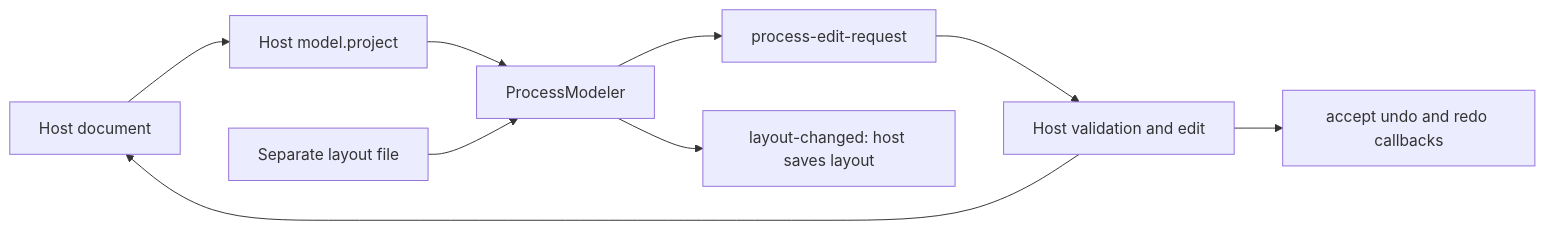
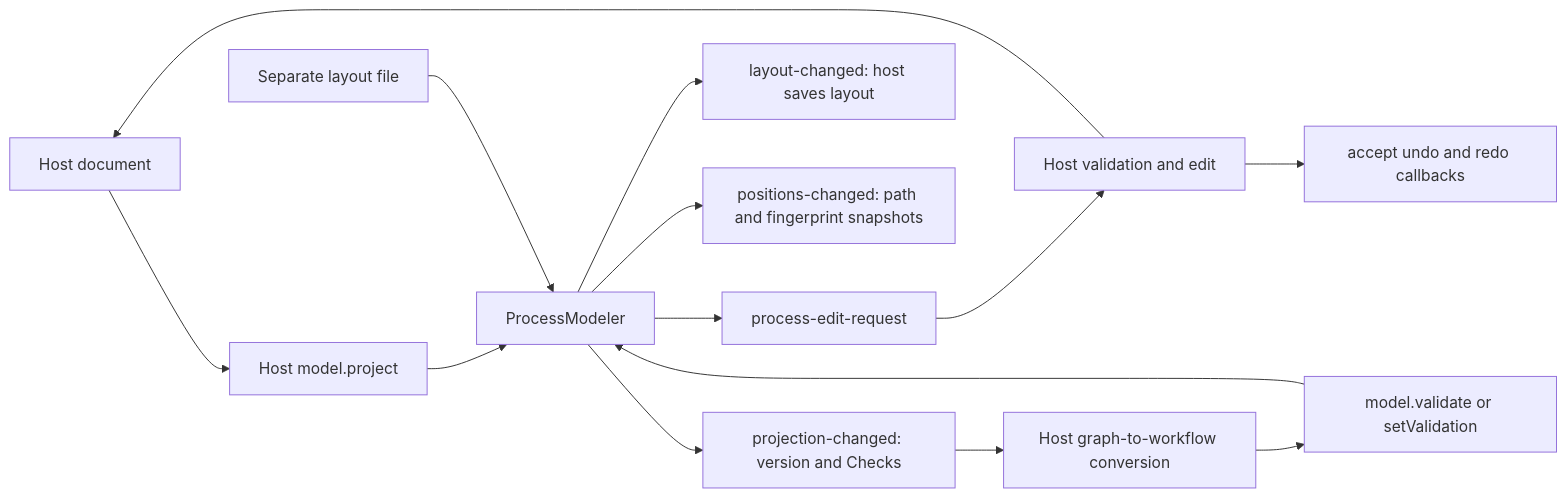
One commit to unofficialbox/box-open-elements changed the diagram in docs/patterns/process-modeler.md. Above: the diagram before and after it, drawn with Mermaid. The commit also changed other lines of this file and 48 other files, not shown here.

````diff
--- a/docs/patterns/process-modeler.md
+++ b/docs/patterns/process-modeler.md
@@ -7,11 +7,16 @@
 ```mermaid
 flowchart LR
   Document[Host document] --> Model[Host model.project]
   Model --> Canvas[ProcessModeler]
   Layout[Separate layout file] --> Canvas
   Canvas --> Request[process-edit-request]
   Request --> Host[Host validation and edit]
   Host --> Document
   Host --> History[accept undo and redo callbacks]
   Canvas --> Save[layout-changed: host saves layout]
+  Canvas --> Positions[positions-changed: path and fingerprint snapshots]
+  Canvas --> Version[projection-changed: version and Checks]
+  Version --> Conversion[Host graph-to-workflow conversion]
+  Conversion --> Validation[model.validate or setValidation]
+  Validation --> Canvas
 ```
````
